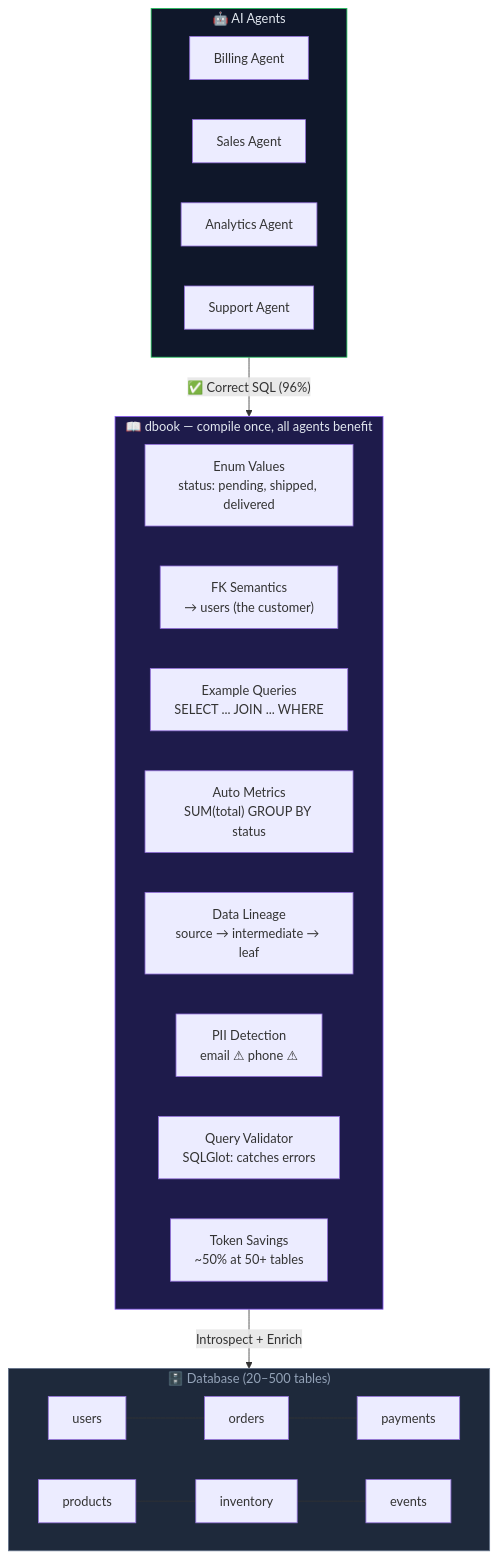
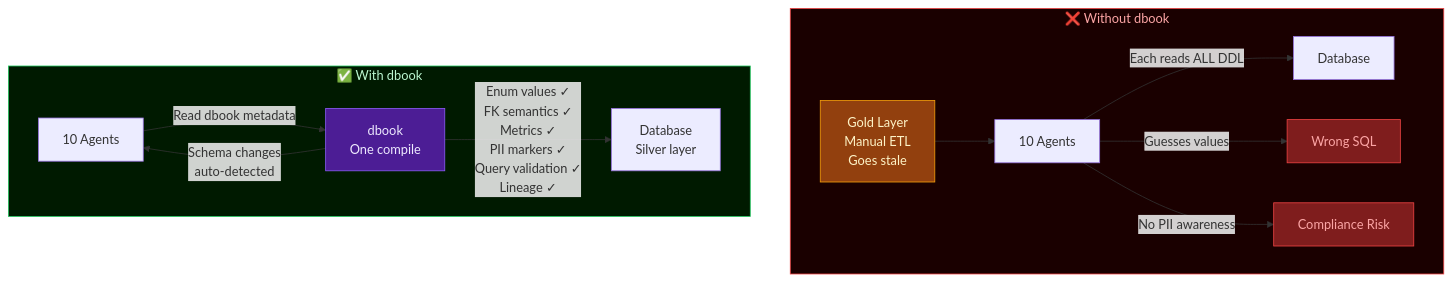
One commit to ShurikM/dbook changed the first of 2 diagrams in README.md. Above: the diagram before and after it, drawn with Mermaid. The commit also changed other lines of this file and 1 other file, not shown here.

Commit message:
docs: reframe dbook as necessity, not optimization
- Architecture diagram now shows problem/solution side-by-side
- Five concrete pain points: gold layer maintenance, per-agent cost,
  schema drift, PII compliance, incorrect SQL
- Use case cards with before/after scenarios
- README problem statement rewritten around real business pain

````diff
--- a/README.md
+++ b/README.md
@@ -20,33 +27,22 @@
 ```mermaid
 graph TB
-    subgraph Agents["🤖 AI Agents"]
-        BA["Billing Agent"]
-        SA["Sales Agent"]
-        AA["Analytics Agent"]
-        CA["Support Agent"]
+    subgraph WITHOUT["❌ Without dbook"]
+        A1["10 Agents"] -->|"Each reads ALL DDL"| D1["Database"]
+        A1 -->|"Guesses values"| W1["Wrong SQL"]
+        A1 -->|"No PII awareness"| W2["Compliance Risk"]
+        G["Gold Layer<br/>Manual ETL<br/>Goes stale"] --> A1
     end
 
-    subgraph DBook["📖 dbook — compile once, all agents benefit"]
-        direction LR
-        EV["Enum Values\nstatus: pending, shipped, delivered"]
-        FK["FK Semantics\n→ users (the customer)"]
-        EQ["Example Queries\nSELECT ... JOIN ... WHERE"]
-        MT["Auto Metrics\nSUM(total) GROUP BY status"]
-        LN["Data Lineage\nsource → intermediate → leaf"]
-        PI["PII Detection\nemail ⚠ phone ⚠"]
-        QV["Query Validator\nSQLGlot: catches errors"]
-        TS["Token Savings\n~50% at 50+ tables"]
+    subgraph WITH["✅ With dbook"]
+        A2["10 Agents"] -->|"Read dbook metadata"| DB["dbook<br/>One compile"]
+        DB -->|"Enum values ✓<br/>FK semantics ✓<br/>Metrics ✓<br/>PII markers ✓<br/>Query validation ✓<br/>Lineage ✓"| D2["Database<br/>Silver layer"]
+        DB -->|"Schema changes<br/>auto-detected"| A2
     end
 
-    subgraph DB["🗄️ Database (20–500 tables)"]
-        T1["users"] --- T2["orders"] --- T3["payments"]
-        T4["products"] --- T5["inventory"] --- T6["events"]
-    end
-
-    Agents -->|"✅ Correct SQL (96%)"| DBook
-    DBook -->|"Introspect + Enrich"| DB
-
-    style Agents fill:#0f172a,stroke:#22c55e,color:#e2e8f0
-    style DBook fill:#1e1b4b,stroke:#8b5cf6,color:#e2e8f0
-    style DB fill:#1e293b,stroke:#64748b,color:#94a3b8
+    style WITHOUT fill:#1a0000,stroke:#ef4444,color:#fca5a5
+    style WITH fill:#001a00,stroke:#22c55e,color:#bbf7d0
+    style G fill:#92400e,stroke:#f59e0b,color:#fef3c7
+    style DB fill:#4c1d95,stroke:#8b5cf6,color:#ede9fe
+    style W1 fill:#7f1d1d,stroke:#ef4444,color:#fca5a5
+    style W2 fill:#7f1d1d,stroke:#ef4444,color:#fca5a5
 ```
````
